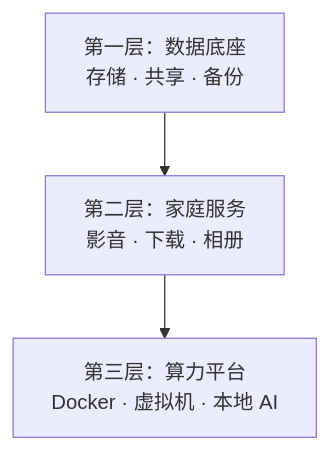
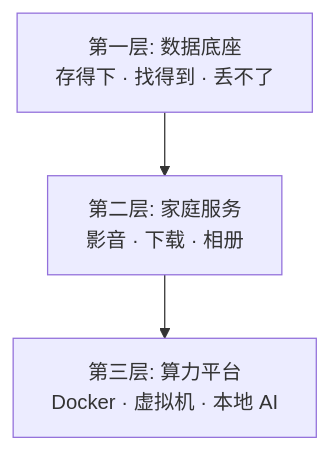
One commit to cv-superding/nas-guide changed the first of 2 diagrams in docs/01-认识NAS/1.2-NAS能做什么.md. Above: the diagram before and after it, drawn with Mermaid. The commit also changed other lines of this file and 2 other files, not shown here.

````diff
--- a/docs/01-认识NAS/1.2-NAS能做什么.md
+++ b/docs/01-认识NAS/1.2-NAS能做什么.md
@@ -19,5 +15,5 @@
 ```mermaid
 flowchart TB
-    A[第一层：数据底座<br/>存储 · 共享 · 备份] --> B[第二层：家庭服务<br/>影音 · 下载 · 相册]
-    B --> C[第三层：算力平台<br/>Docker · 虚拟机 · 本地 AI]
+    A[第一层: 数据底座<br/>存得下 · 找得到 · 丢不了] --> B[第二层: 家庭服务<br/>影音 · 下载 · 相册]
+    B --> C[第三层: 算力平台<br/>Docker · 虚拟机 · 本地 AI]
 ```
````
